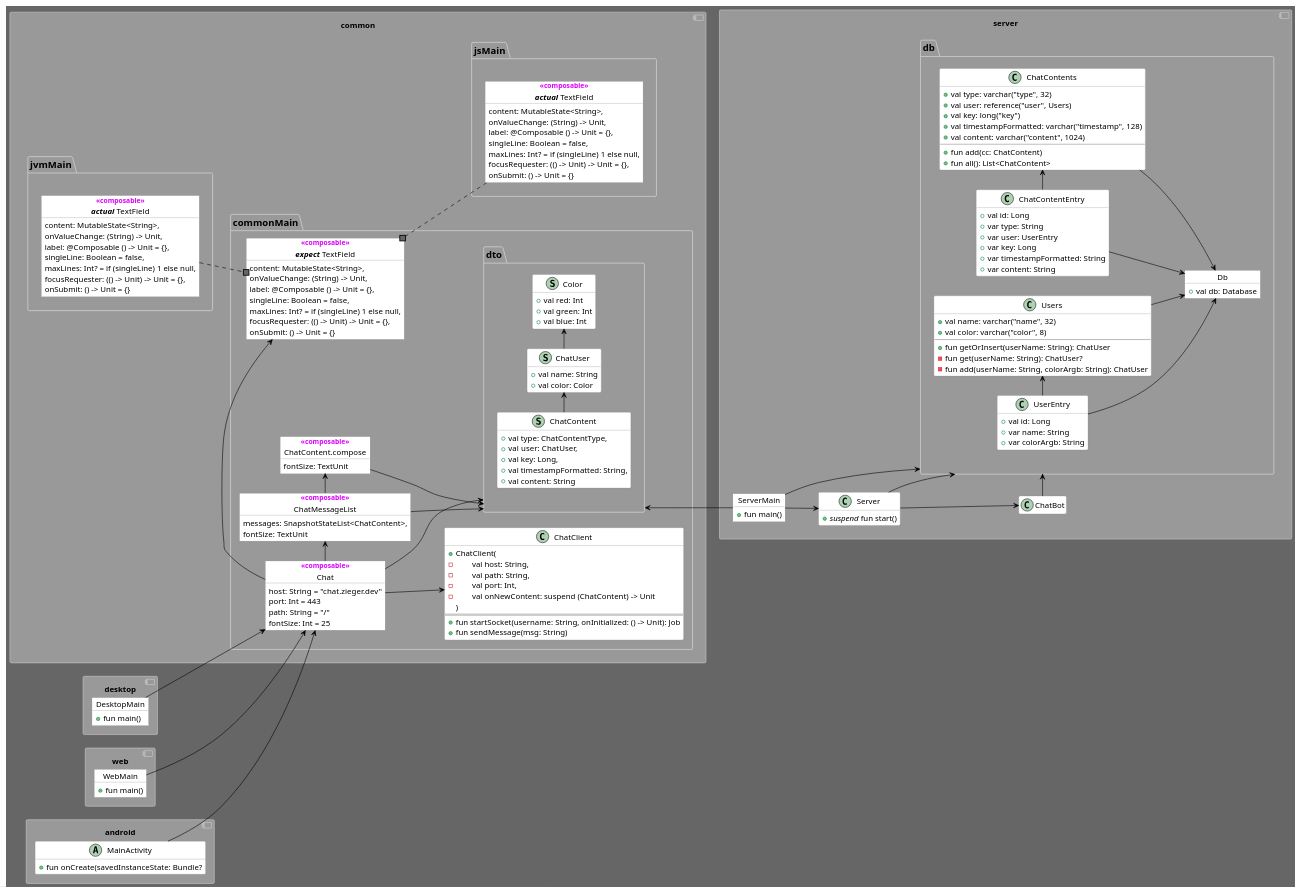
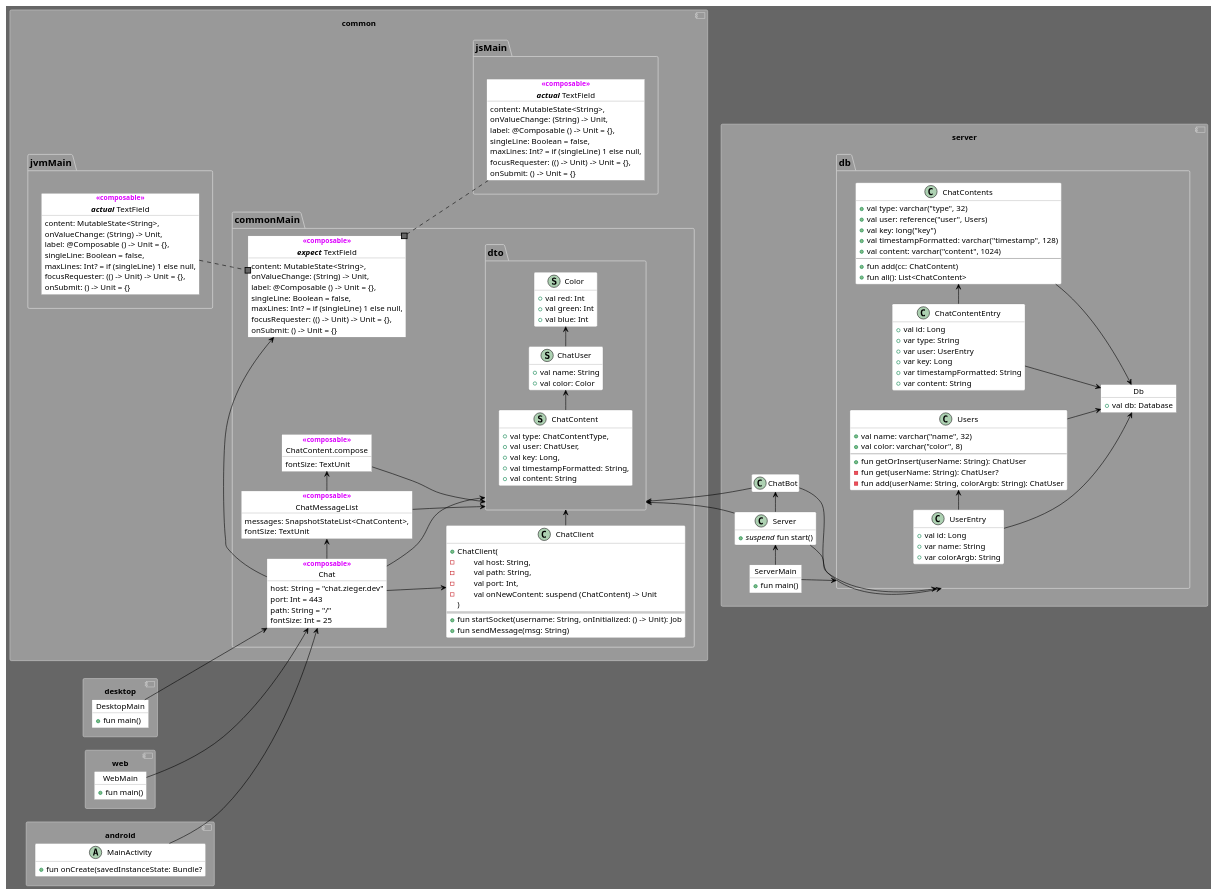
The diagram in doc/puml/Classes.puml (SaschaZ/KotlinMpChatDemo), drawn with PlantUML before and after one commit. The commit also changed 15 other files, not shown here.

```diff
--- a/doc/puml/Classes.puml
+++ b/doc/puml/Classes.puml
@@ -130,6 +130,7 @@
         }
 
         Chat --> ChatClient
+        ChatClient -> dto
 
         object ChatMessageList <<composable>> {
            messages: SnapshotStateList<ChatContent>,
@@ -183,13 +184,6 @@
 
     JvmTextField ..# CommonTextField
     CommonTextField #.. JsTextField
-}
-
-component [desktop] {
-    object DesktopMain {
-        +fun main()
-    }
-    DesktopMain --> Chat
 }
 
 component server {
@@ -247,27 +241,37 @@
     }
 
     ServerMain -> db
-    dto <-- ServerMain
 
-    Server --> ChatBot
-    ServerMain --> Server
+    dto <-- Server
+    dto <-- ChatBot
+    Server -> ChatBot
+    ServerMain -> Server
 
-    Server -> db
-    ChatBot -> db
+    Server --> db
+    ChatBot --> db
 }
 
-component web {
-    object WebMain {
-        +fun main()
+together {
+    component [desktop] {
+        object DesktopMain {
+            +fun main()
+        }
+        DesktopMain --> Chat
     }
-    WebMain --> Chat
-}
 
-component android {
-    class MainActivity <<activity>> {
-        +fun onCreate(savedInstanceState: Bundle?
+    component web {
+        object WebMain {
+            +fun main()
+        }
+        WebMain --> Chat
     }
-    MainActivity --> Chat
+
+    component android {
+        class MainActivity <<activity>> {
+            +fun onCreate(savedInstanceState: Bundle?
+        }
+        MainActivity --> Chat
+    }
 }
 
 @enduml
```
